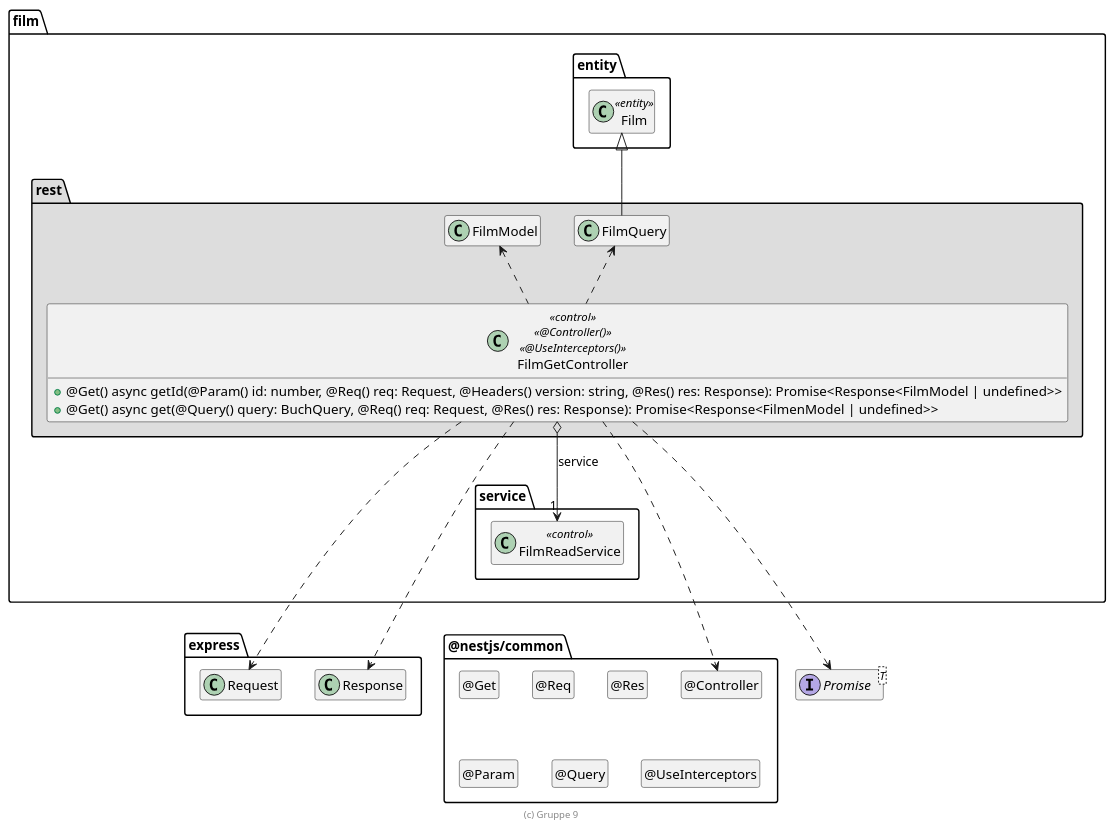
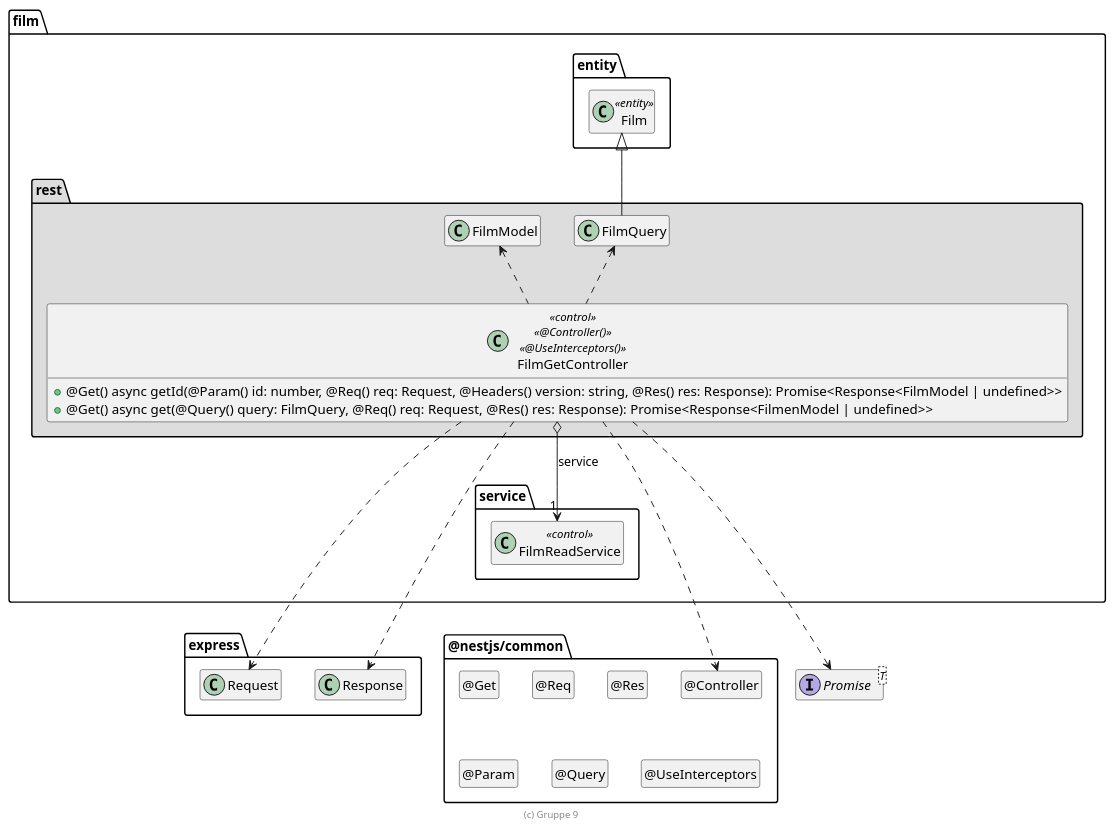
One commit to ngca1011/buch changed the diagram in .extras/doc/projekthandbuch/FilmGetController.plantuml. Above: the diagram before and after it, drawn with PlantUML. The commit also changed 1 other file, not shown here.

```diff
--- a/.extras/doc/projekthandbuch/FilmGetController.plantuml
+++ b/.extras/doc/projekthandbuch/FilmGetController.plantuml
@@ -18,74 +18,74 @@
 @startuml Controller-Klasse
 
 interface Promise<T>
 
 package @nestjs/common {
   class "@Controller" as Controller
   hide Controller circle
 
   class "@Get" as Get
   hide Get circle
 
   class "@Req" as Req
   hide Req circle
 
   class "@Res" as Res
   hide Res circle
 
   class "@Param" as Param
   hide Param circle
 
   class "@Query" as Query
   hide Query circle
 
   class "@UseInterceptors" as UseInterceptors
   hide UseInterceptors circle
 }
 
 package express {
   class Request
   class Response
 
   Response .[hidden].> Controller
 }
 
 package film {
   package entity #FFFFFF {
     class Film <<entity>>
 
     Film .[hidden].> Promise
     Film .[hidden].> Request
   }
 
   package service {
     class FilmReadService << control >>
   }
 
   package rest #DDDDDD {
     FilmQuery -up-|> Film
 
     class FilmGetController << control >> << @Controller() >> << @UseInterceptors() >> {
       + @Get() async getId(@Param() id: number, @Req() req: Request, @Headers() version: string, @Res() res: Response): Promise<Response<FilmModel | undefined>>
-      + @Get() async get(@Query() query: BuchQuery, @Req() req: Request,  @Res() res: Response): Promise<Response<FilmenModel | undefined>>
+      + @Get() async get(@Query() query: FilmQuery, @Req() req: Request,  @Res() res: Response): Promise<Response<FilmenModel | undefined>>
     }
 
     FilmGetController o--> "1" FilmReadService : service
 
     FilmGetController ..> Controller
     FilmGetController ..> Request
     FilmGetController ..> Response
     FilmGetController ..> Promise
     FilmGetController .up.> FilmModel
     FilmGetController .up.> FilmQuery
 
     FilmReadService .[hidden].> Request
     FilmReadService .[hidden].> Promise
     Response .right[hidden].> Controller
   }
 }
 
 hide empty members
 
 footer (c) Gruppe 9
 
 @enduml
```
